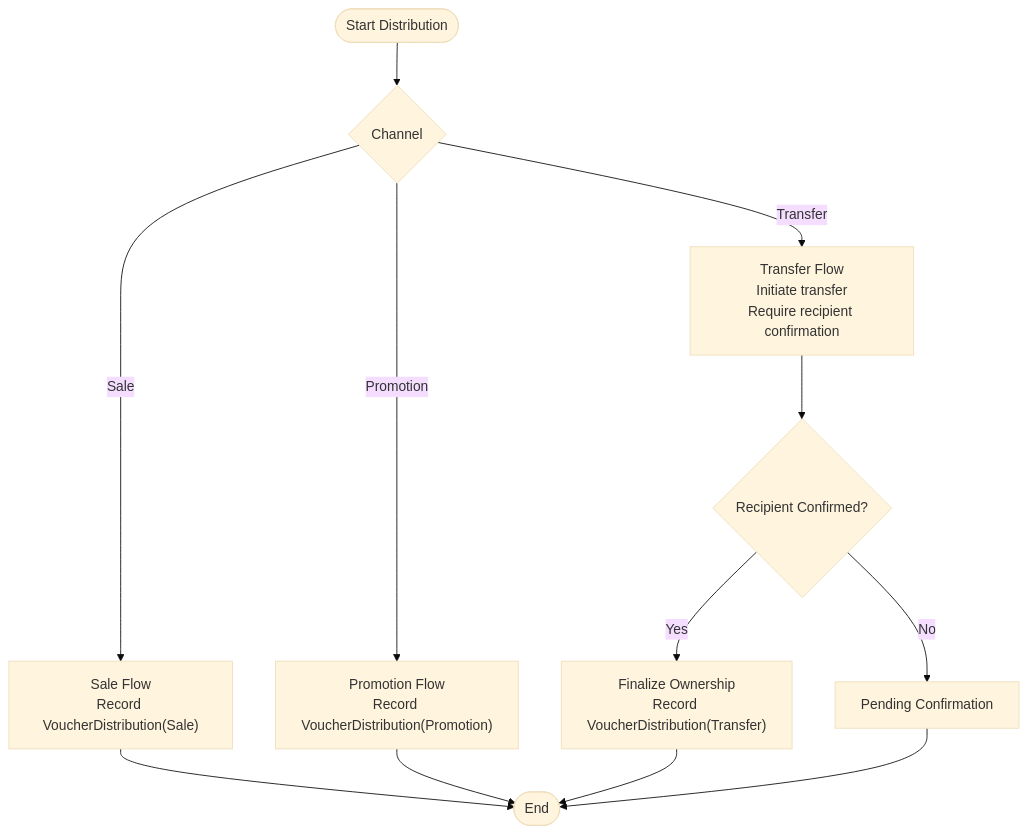
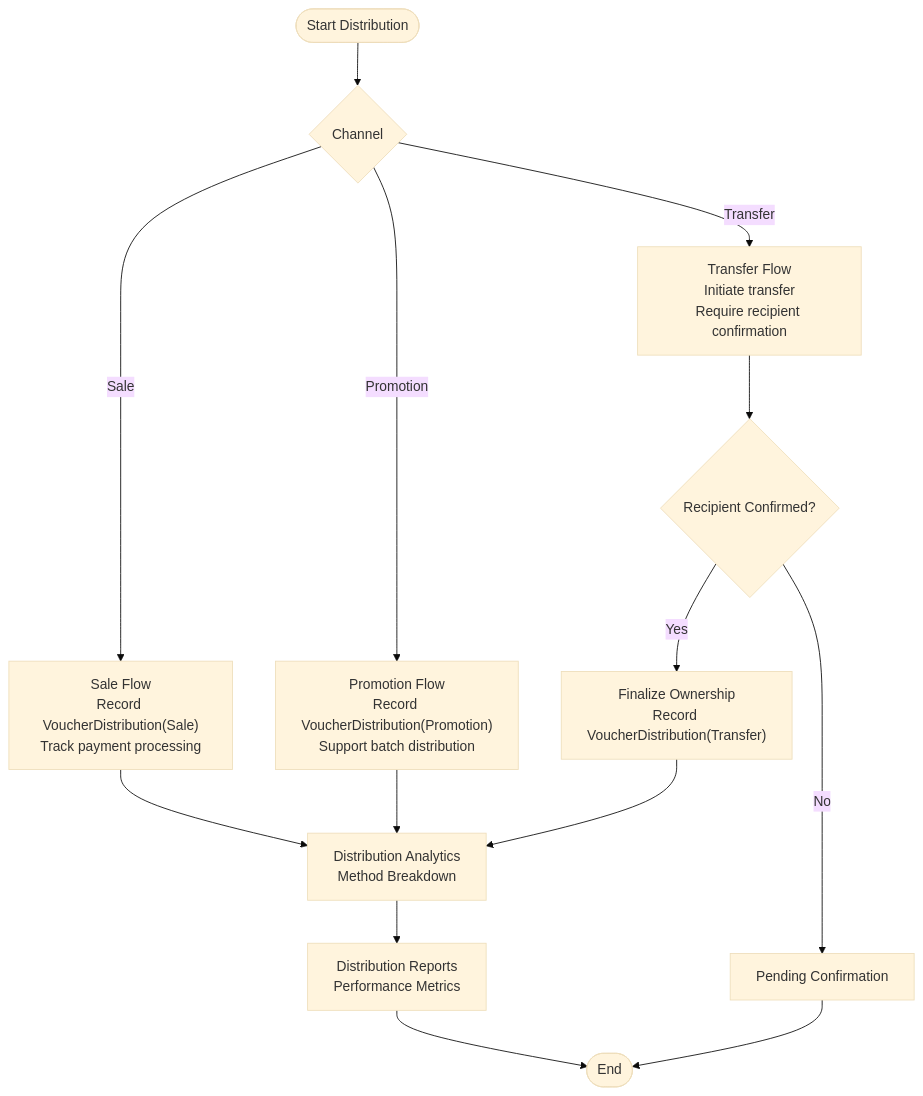
Before and after one commit to lamhongbac/NonCash: the sixth of 8 diagrams in .qoder/repowiki/en/content/Data Models and Database Design/Tracking and Distribution Entities.md, drawn with Mermaid (base theme). The commit also changed other lines of this file and 57 other files, not shown here.

First line of the commit message:
Charge credits at plan approval; distribution batch traceability; strict promotion recipient rules

````diff
--- a/.qoder/repowiki/en/content/Data Models and Database Design/Tracking and Distribution Entities.md
+++ b/.qoder/repowiki/en/content/Data Models and Database Design/Tracking and Distribution Entities.md
@@ -260,14 +298,16 @@
 ```mermaid
 flowchart TD
 StartDist(["Start Distribution"]) --> Channel{"Channel"}
-Channel --> |Sale| SaleFlow["Sale Flow<br/>Record VoucherDistribution(Sale)"]
-Channel --> |Promotion| PromoFlow["Promotion Flow<br/>Record VoucherDistribution(Promotion)"]
+Channel --> |Sale| SaleFlow["Sale Flow<br/>Record VoucherDistribution(Sale)<br/>Track payment processing"]
+Channel --> |Promotion| PromoFlow["Promotion Flow<br/>Record VoucherDistribution(Promotion)<br/>Support batch distribution"]
 Channel --> |Transfer| TransferFlow["Transfer Flow<br/>Initiate transfer<br/>Require recipient confirmation"]
 TransferFlow --> Confirm{"Recipient Confirmed?"}
 Confirm --> |Yes| Finalize["Finalize Ownership<br/>Record VoucherDistribution(Transfer)"]
 Confirm --> |No| Pending["Pending Confirmation"]
-SaleFlow --> EndDist(["End"])
-PromoFlow --> EndDist
-Finalize --> EndDist
+SaleFlow --> Analytics["Distribution Analytics<br/>Method Breakdown"]
+PromoFlow --> Analytics
+Finalize --> Analytics
+Analytics --> Reports["Distribution Reports<br/>Performance Metrics"]
+Reports --> EndDist(["End"])
 Pending --> EndDist
 ```
````
